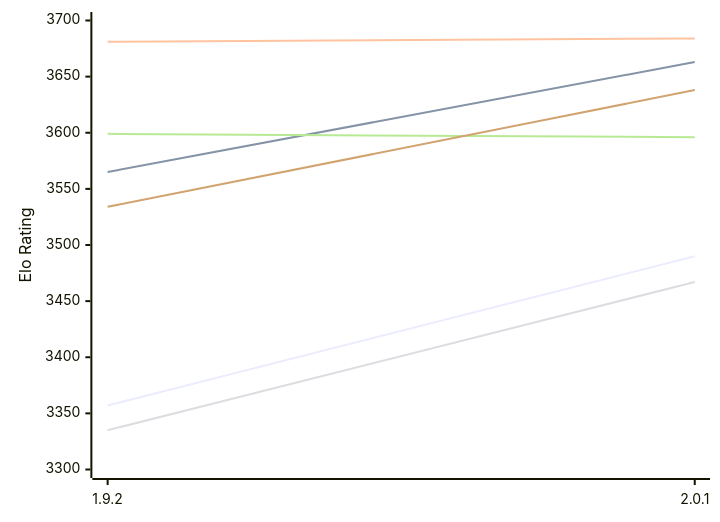
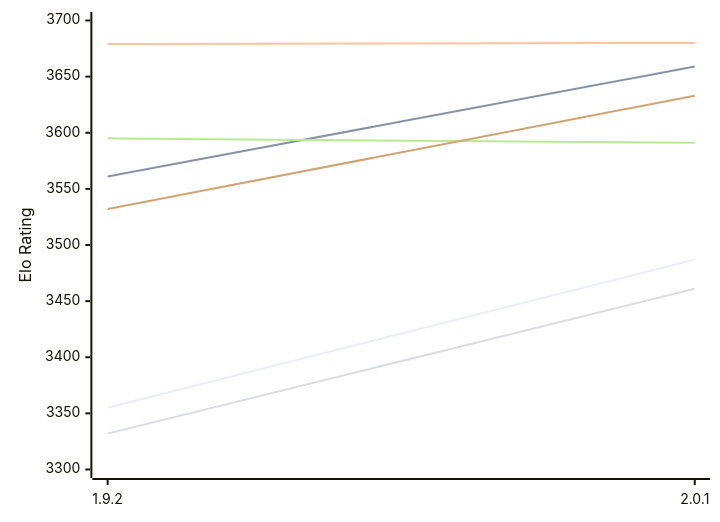
One commit to computer-chess-index/cci changed the first of 2 diagrams in engines/Pawnocchio.md. Above: the diagram before and after it, drawn with Mermaid. The commit also changed other lines of this file, not shown here.

Commit message:
Update CCI Ratings (ELO VLTC) - 2026-11-19

````diff
--- a/engines/Pawnocchio.md
+++ b/engines/Pawnocchio.md
@@ -52,12 +52,12 @@
 ```mermaid
 %%{init: {"theme":"base","themeVariables":{"seriesColors:['#a3a3a3','#222221','#faa371']}}}%%
 xychart-beta
   x-axis ["1.9.2", "2.0.1"]
   y-axis "Elo Rating" 3300 --> 3700
-  line "E1: STC (8.0+0.08s)" [3357, 3490]
-  line "E1: LTC (60.0+0.60s)" [3565, 3663]
-  line "E1: VLTC (2m24s+1.12s)" [3681, 3684]
-  line "P1: STC (8.0+0.08s)" [3335, 3467]
-  line "P1: LTC (60.0+0.60s)" [3599, 3596]
-  line "P1: VLTC (2m24s+1.12s)" [3534, 3638]
+  line "E1: STC (8.0+0.08s)" [3355, 3487]
+  line "E1: LTC (60.0+0.60s)" [3561, 3659]
+  line "E1: VLTC (2m24s+1.12s)" [3679, 3680]
+  line "P1: STC (8.0+0.08s)" [3332, 3461]
+  line "P1: LTC (60.0+0.60s)" [3595, 3591]
+  line "P1: VLTC (2m24s+1.12s)" [3532, 3633]
 ```
````
